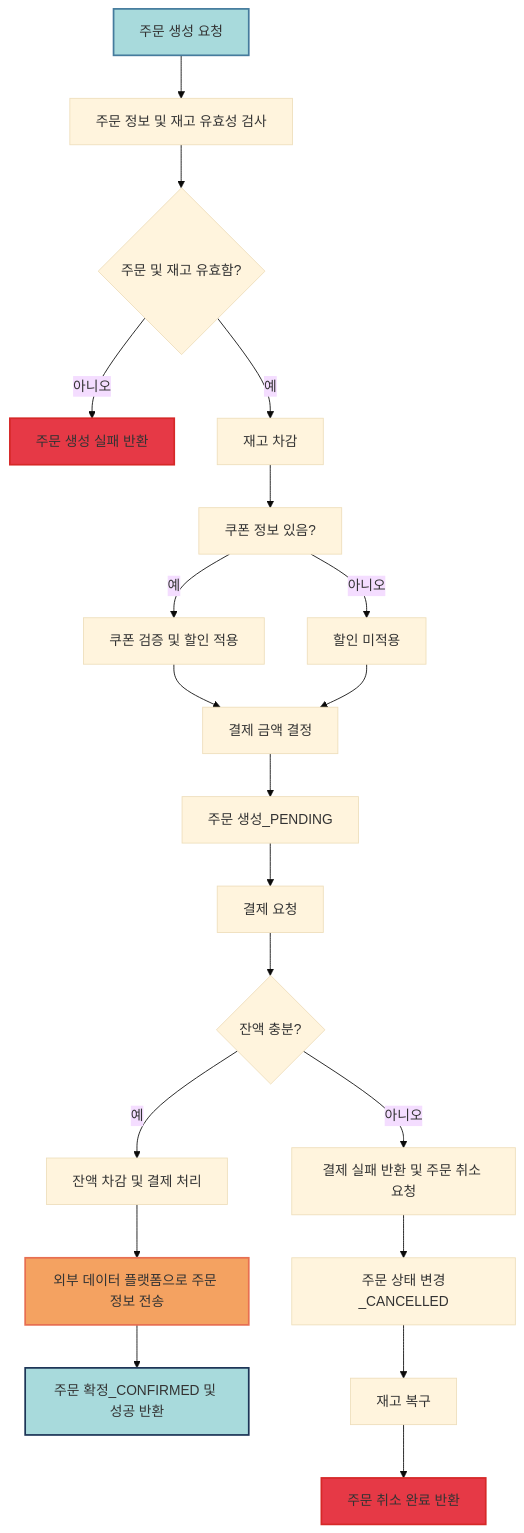
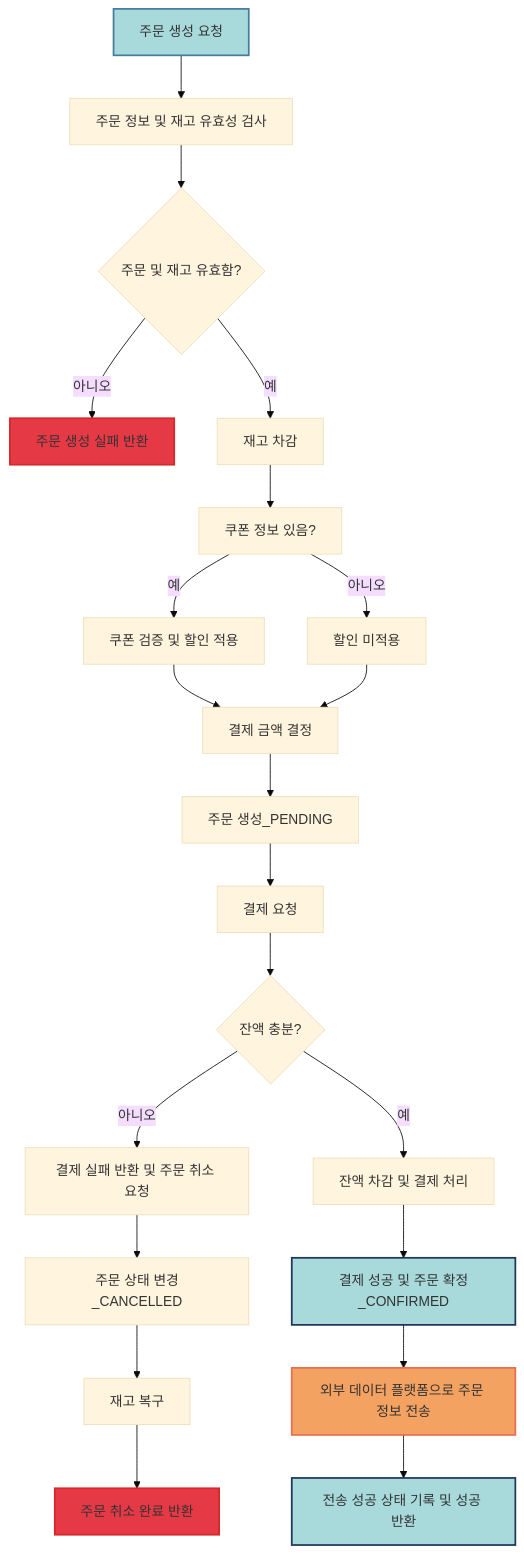
One commit to jane1721/e-commerce changed the diagram in docs/flow-chart.md. Above: the diagram before and after it, drawn with Mermaid (base theme). The commit also changed other lines of this file and 1 other file, not shown here.

First line of the commit message:
📝Docs: Update flow chart and sequence diagram for DataPlatform module

````diff
--- a/docs/flow-chart.md
+++ b/docs/flow-chart.md
@@ -6,33 +6,35 @@
 ```mermaid
 graph TD
     A[주문 생성 요청] --> B[주문 정보 및 재고 유효성 검사]
     B --> C{주문 및 재고 유효함?}
     C -- 아니오 --> Z[주문 생성 실패 반환]
     C -- 예 --> D[재고 차감]
     D --> E[쿠폰 정보 있음?]
     E -- 아니오 --> F[할인 미적용]
     E -- 예 --> G[쿠폰 검증 및 할인 적용]
     
     G --> H[할인 적용된 결제 금액 결정]
     F --> H[결제 금액 결정]
 
     H --> I[주문 생성_PENDING]
     I --> J[결제 요청]
 
     J --> P{잔액 충분?}
     P -- 아니오 --> Q[결제 실패 반환 및 주문 취소 요청]
     P -- 예 --> R[잔액 차감 및 결제 처리]
+    
+    R --> S[결제 성공 및 주문 확정_CONFIRMED]
+    S --> T[외부 데이터 플랫폼으로 주문 정보 전송]
+    T --> U[전송 성공 상태 기록 및 성공 반환]
 
-    R --> S[외부 데이터 플랫폼으로 주문 정보 전송]
-    S --> T[주문 확정_CONFIRMED 및 성공 반환]
-
-    Q --> U[주문 상태 변경_CANCELLED]
-    U --> V[재고 복구]
-    V --> W[주문 취소 완료 반환]
+    Q --> V[주문 상태 변경_CANCELLED]
+    V --> W[재고 복구]
+    W --> X[주문 취소 완료 반환]
 
     style A fill:#a8dadc,stroke:#457b9d,stroke-width:2px
-    style T fill:#a8dadc,stroke:#1d3557,stroke-width:2px
-    style W fill:#e63946,stroke:#d62828,stroke-width:2px
+    style S fill:#a8dadc,stroke:#1d3557,stroke-width:2px
+    style U fill:#a8dadc,stroke:#1d3557,stroke-width:2px
+    style X fill:#e63946,stroke:#d62828,stroke-width:2px
     style Z fill:#e63946,stroke:#d62828,stroke-width:2px
-    style S fill:#f4a261,stroke:#e76f51,stroke-width:2px
+    style T fill:#f4a261,stroke:#e76f51,stroke-width:2px
 ```
````
